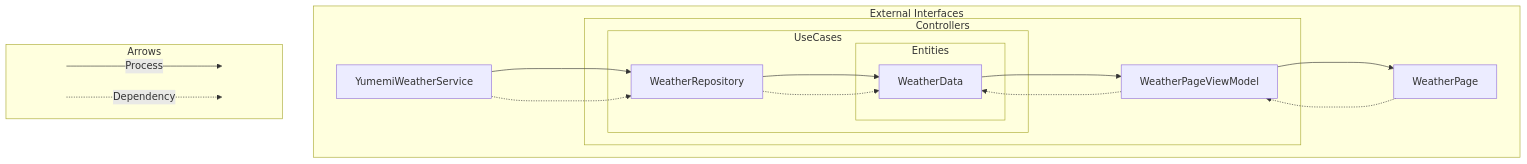
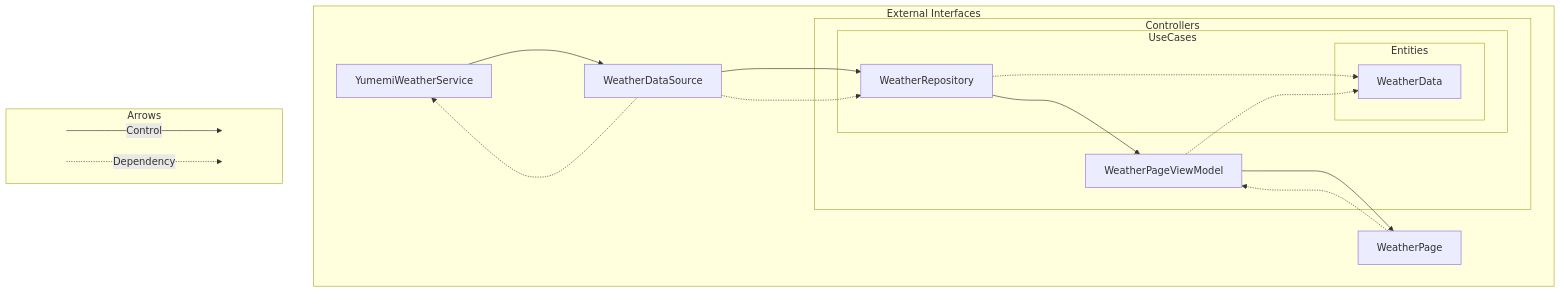
The second of 2 diagrams in ARCHITECTURE.md (Aosanori/yumemi-flutter-training), drawn with Mermaid before and after one commit.

Commit message:
📝 Clean Architectureとの対応図の修正

````diff
--- a/ARCHITECTURE.md
+++ b/ARCHITECTURE.md
@@ -37,36 +37,38 @@
 ```mermaid
 flowchart TB
  subgraph External Interfaces
     subgraph Controllers
       WeatherPageViewModel
       subgraph UseCases
         WeatherRepository
         subgraph Entities
           WeatherData
         end
       end
     end
     YumemiWeatherService
+    WeatherDataSource
     WeatherPage
   end
-  YumemiWeatherService ---> WeatherRepository
-  WeatherRepository ---> WeatherData
-  WeatherData ---> WeatherPageViewModel
+  YumemiWeatherService ---> WeatherDataSource
+  WeatherDataSource ---> WeatherRepository
+  WeatherRepository  ---> WeatherPageViewModel
   WeatherPageViewModel ---> WeatherPage
 
-  YumemiWeatherService ..-> WeatherRepository
+  WeatherDataSource ..-> YumemiWeatherService
+  WeatherDataSource ..-> WeatherRepository
   WeatherRepository ..-> WeatherData
   WeatherPageViewModel ..-> WeatherData
   WeatherPage ..-> WeatherPageViewModel
 
   subgraph Arrows
-    start0[ ] ---> | Process | stop0[ ]
+    start0[ ] ---> | Control | stop0[ ]
     style start0 height:0px;
     style stop0 height:0px;
 
     start1[ ] ..-> | Dependency | stop1[ ]
     style start1 height:0px;
     style stop1 height:0px;
     
   end
 ```
````
